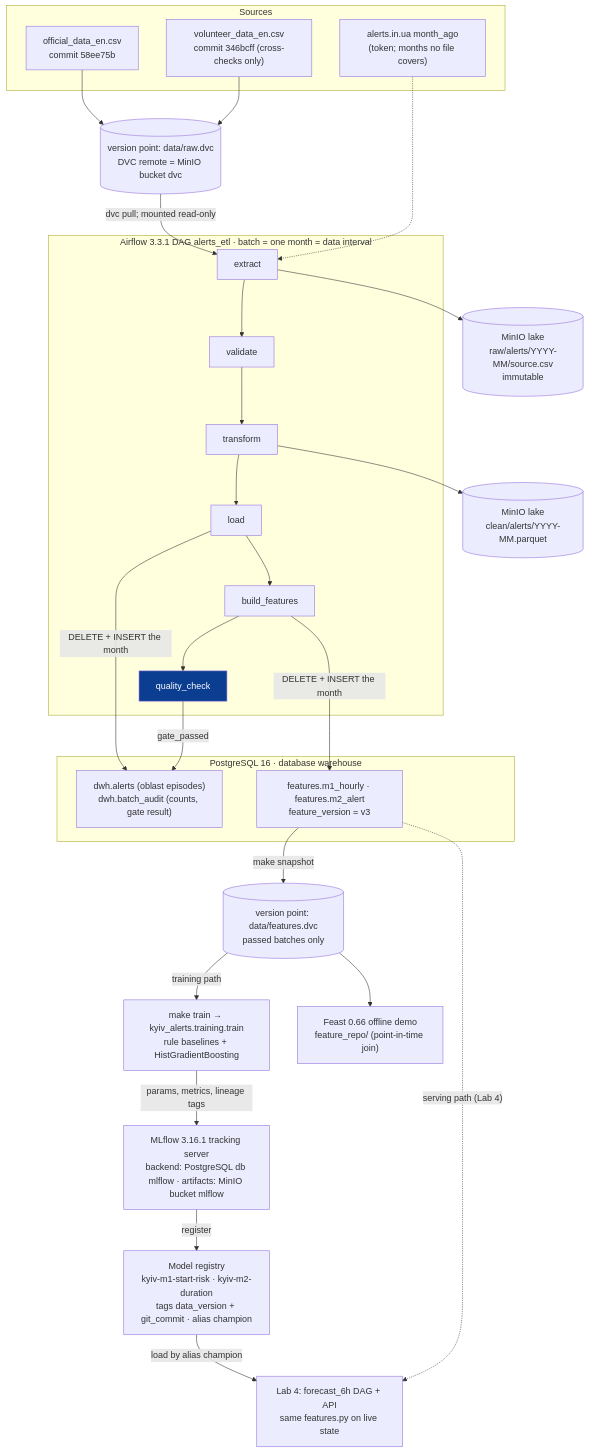
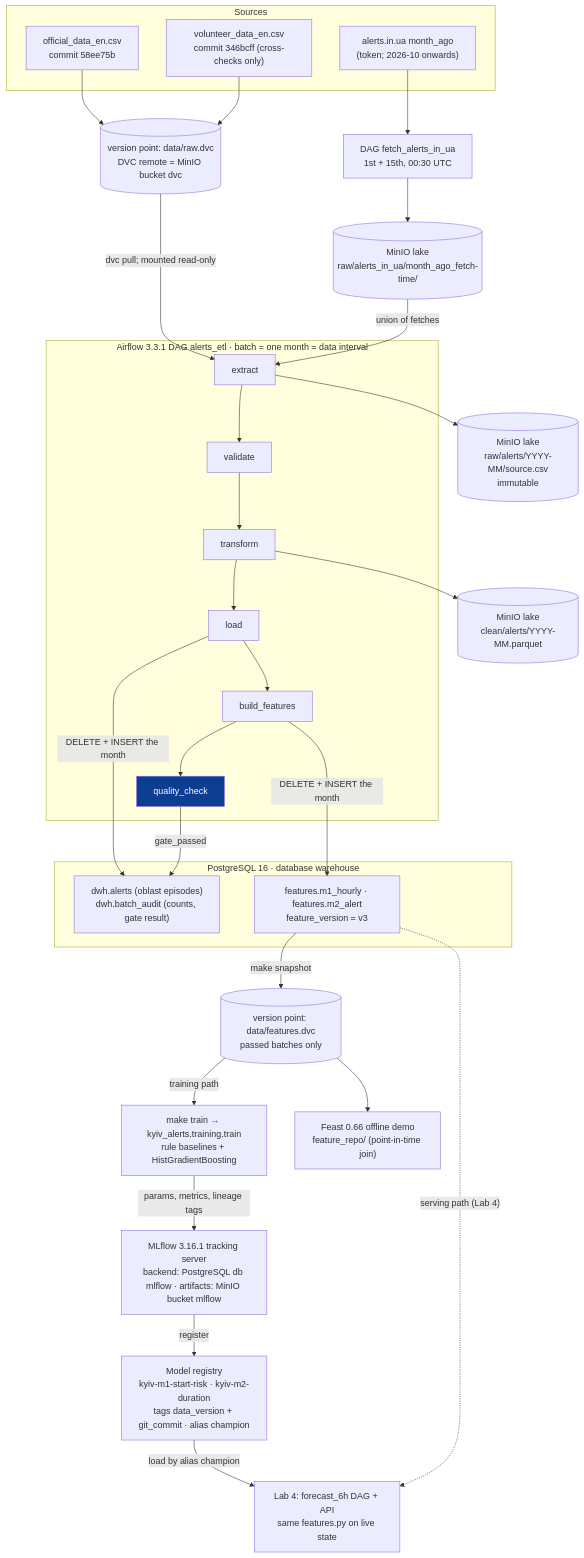
Before and after one commit to kvitoslava-yarish/mlops-2026: the second of 4 diagrams in docs/design.md, drawn with Mermaid. The commit also changed other lines of this file and 22 other files, not shown here.

````diff
--- a/docs/design.md
+++ b/docs/design.md
@@ -308,43 +310,46 @@
 ```mermaid
 flowchart TB
     subgraph SRC["Sources"]
         off["official_data_en.csv<br/>commit 58ee75b"]
         vol["volunteer_data_en.csv<br/>commit 346bcff (cross-checks only)"]
-        api["alerts.in.ua month_ago<br/>(token; months no file covers)"]
+        api["alerts.in.ua month_ago<br/>(token; 2026-10 onwards)"]
     end
     dvcraw[("version point: data/raw.dvc<br/>DVC remote = MinIO bucket dvc")]
     subgraph DAG["Airflow 3.3.1 DAG alerts_etl · batch = one month = data interval"]
         ex["extract"] --> va["validate"] --> tr["transform"] --> lo["load"] --> bf["build_features"] --> qc["quality_check"]
     end
     lakeraw[("MinIO lake<br/>raw/alerts/YYYY-MM/source.csv<br/>immutable")]
     lakeclean[("MinIO lake<br/>clean/alerts/YYYY-MM.parquet")]
     subgraph PG["PostgreSQL 16 · database warehouse"]
         dwh["dwh.alerts (oblast episodes)<br/>dwh.batch_audit (counts, gate result)"]
         feat["features.m1_hourly · features.m2_alert<br/>feature_version = v3"]
     end
     snap[("version point: data/features.dvc<br/>passed batches only")]
     train["make train → kyiv_alerts.training.train<br/>rule baselines + HistGradientBoosting"]
     mlf["MLflow 3.16.1 tracking server<br/>backend: PostgreSQL db mlflow · artifacts: MinIO bucket mlflow"]
     reg["Model registry<br/>kyiv-m1-start-risk · kyiv-m2-duration<br/>tags data_version + git_commit · alias champion"]
     feast["Feast 0.66 offline demo<br/>feature_repo/ (point-in-time join)"]
     serve["Lab 4: forecast_6h DAG + API<br/>same features.py on live state"]
 
     off --> dvcraw
     vol --> dvcraw
     dvcraw -- "dvc pull; mounted read-only" --> ex
-    api -.-> ex
+    fetch["DAG fetch_alerts_in_ua<br/>1st + 15th, 00:30 UTC"]
+    lakeapi[("MinIO lake<br/>raw/alerts_in_ua/month_ago_fetch-time/")]
+    api --> fetch --> lakeapi
+    lakeapi -- "union of fetches" --> ex
     ex --> lakeraw
     tr --> lakeclean
     lo -- "DELETE + INSERT the month" --> dwh
     bf -- "DELETE + INSERT the month" --> feat
     qc -- "gate_passed" --> dwh
     feat -- "make snapshot" --> snap
     snap -- "training path" --> train
     snap --> feast
     train -- "params, metrics, lineage tags" --> mlf
     mlf -- "register" --> reg
     reg -- "load by alias champion" --> serve
     feat -. "serving path (Lab 4)" .-> serve
 
     style qc fill:#0b3d91,color:#ffffff
 ```
````
